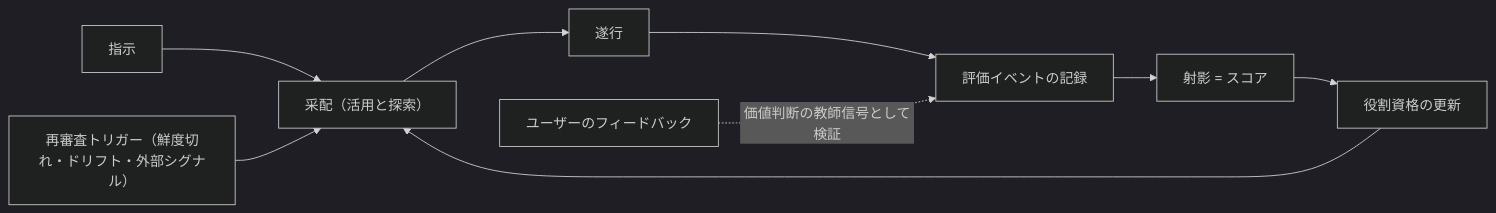
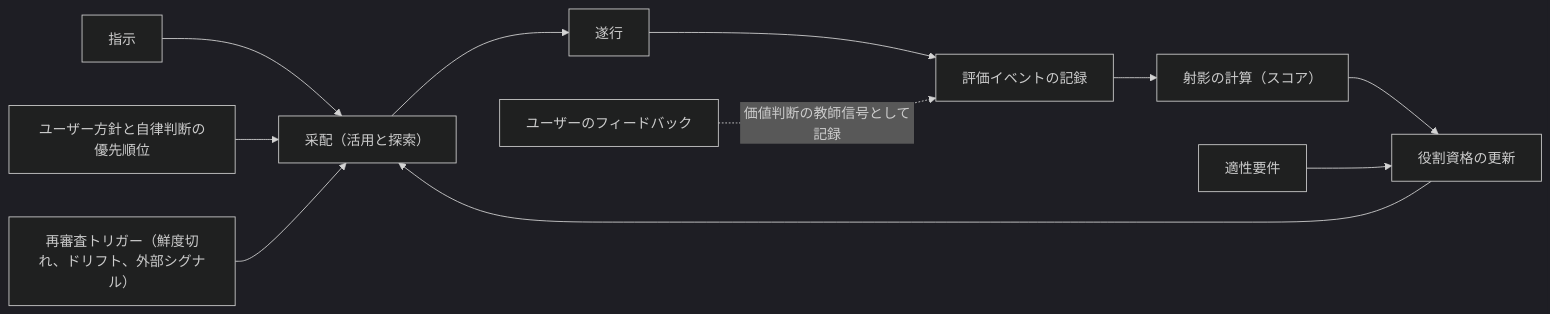
The diagram in VISION.md (megumish/agent-dock), drawn with Mermaid (dark theme) before and after one commit. The commit also changed other lines of this file and 4 other files, not shown here.

````diff
--- a/VISION.md
+++ b/VISION.md
@@ -90,11 +172,13 @@
 ```mermaid
 graph LR
     A[指示] --> B["采配（活用と探索）"]
     B --> C[遂行]
     C --> D[評価イベントの記録]
-    D --> E[射影 = スコア]
+    D --> E["射影の計算（スコア）"]
     E --> F[役割資格の更新]
+    Q[適性要件] --> F
     F --> B
-    T["再審査トリガー（鮮度切れ・ドリフト・外部シグナル）"] --> B
-    U[ユーザーのフィードバック] -. 価値判断の教師信号として検証 .-> D
+    P[ユーザー方針と自律判断の優先順位] --> B
+    T["再審査トリガー（鮮度切れ、ドリフト、外部シグナル）"] --> B
+    U[ユーザーのフィードバック] -. 価値判断の教師信号として記録 .-> D
 ```
````
